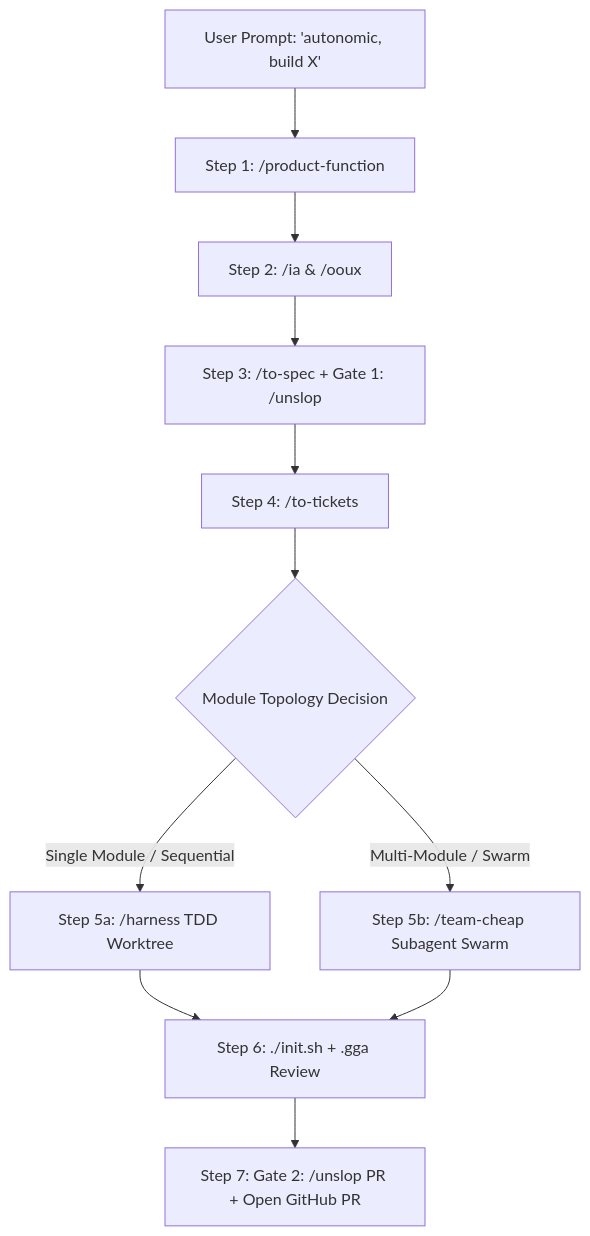
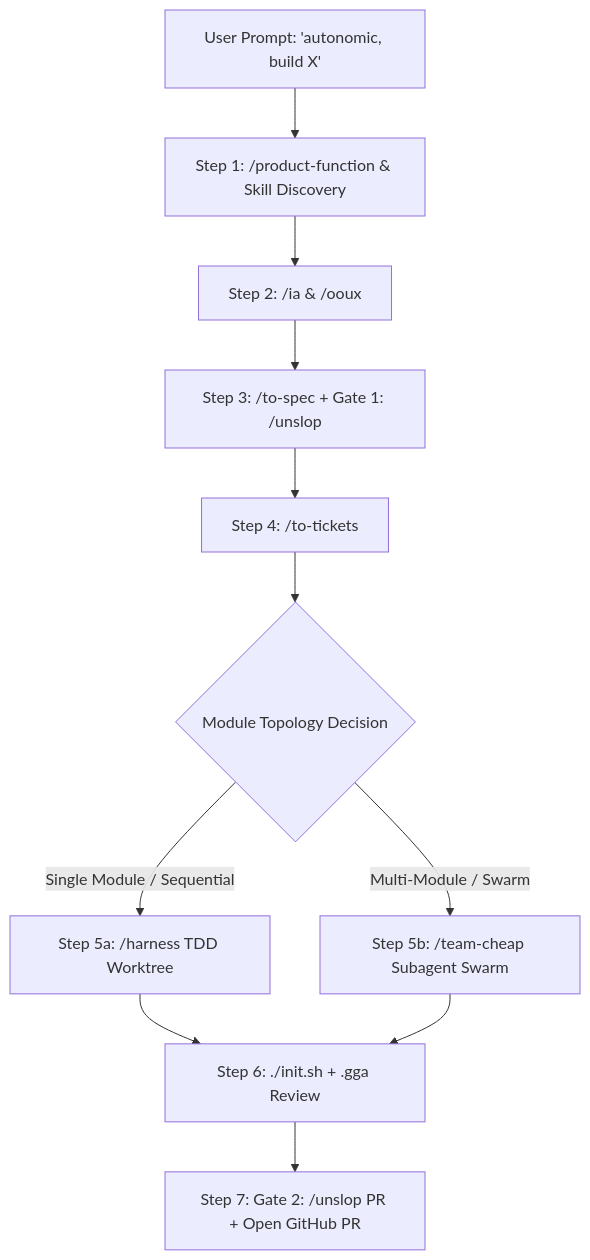
The diagram in .agents/skills/autonomic/SKILL.md (cesarchavezcal/expo-learning), drawn with Mermaid before and after one commit. The commit also changed other lines of this file and 7 other files, not shown here.

Commit message:
chore(template): pull latest dynamic skill discovery and agent instructions

````diff
--- a/.agents/skills/autonomic/SKILL.md
+++ b/.agents/skills/autonomic/SKILL.md
@@ -27,13 +27,13 @@
 ```mermaid
 flowchart TD
-    A[User Prompt: 'autonomic, build X'] --> B[Step 1: /product-function]
+    A[User Prompt: 'autonomic, build X'] --> B[Step 1: /product-function & Skill Discovery]
     B --> C[Step 2: /ia & /ooux]
     C --> D[Step 3: /to-spec + Gate 1: /unslop]
     D --> E[Step 4: /to-tickets]
     E --> F{Module Topology Decision}
     F -- Single Module / Sequential --> G[Step 5a: /harness TDD Worktree]
     F -- Multi-Module / Swarm --> H[Step 5b: /team-cheap Subagent Swarm]
     G --> I[Step 6: ./init.sh + .gga Review]
     H --> I
     I --> J[Step 7: Gate 2: /unslop PR + Open GitHub PR]
 ```
````
